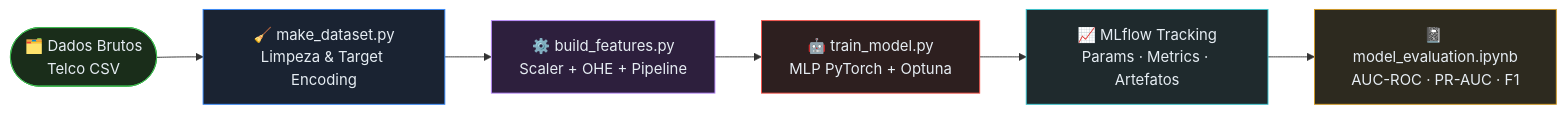
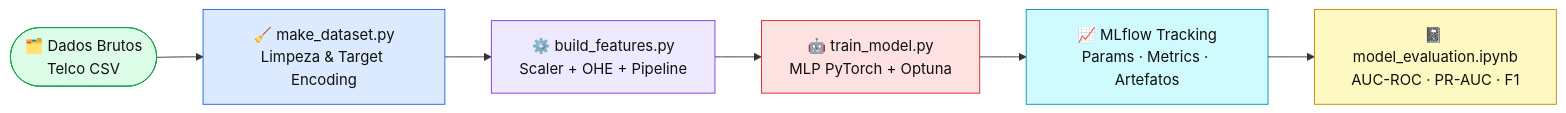
Before and after one commit to Henry3151/Churn_Prediction_Advanced_Models_Optimized: the third of 4 diagrams in README.md, drawn with Mermaid. The commit also changed other lines of this file, not shown here.

Commit message:
docs: README com diagramas Mermaid

````diff
--- a/README.md
+++ b/README.md
@@ -163,16 +163,16 @@
 ```mermaid
 flowchart LR
     A([🗂️ Dados Brutos\nTelco CSV])
     --> B[🧹 make_dataset.py\nLimpeza & Target Encoding]
     --> C[⚙️ build_features.py\nScaler + OHE + Pipeline]
     --> D[🤖 train_model.py\nMLP PyTorch + Optuna]
     --> E[📈 MLflow Tracking\nParams · Metrics · Artefatos]
     --> F[📓 model_evaluation.ipynb\nAUC-ROC · PR-AUC · F1]
 
-    style A fill:#1a2d1a,stroke:#3fb950,color:#e6edf3
-    style B fill:#1a2332,stroke:#388bfd,color:#e6edf3
-    style C fill:#2d1f3d,stroke:#bc8cff,color:#e6edf3
-    style D fill:#2d1f1f,stroke:#f85149,color:#e6edf3
-    style E fill:#1f2a2d,stroke:#39c5cf,color:#e6edf3
-    style F fill:#2d2a1f,stroke:#d29922,color:#e6edf3
+    style A fill:#dcfce7,stroke:#16a34a,color:#111111
+    style B fill:#dbeafe,stroke:#2563eb,color:#111111
+    style C fill:#ede9fe,stroke:#7c3aed,color:#111111
+    style D fill:#fee2e2,stroke:#dc2626,color:#111111
+    style E fill:#cffafe,stroke:#0891b2,color:#111111
+    style F fill:#fef9c3,stroke:#ca8a04,color:#111111
 ```
````
